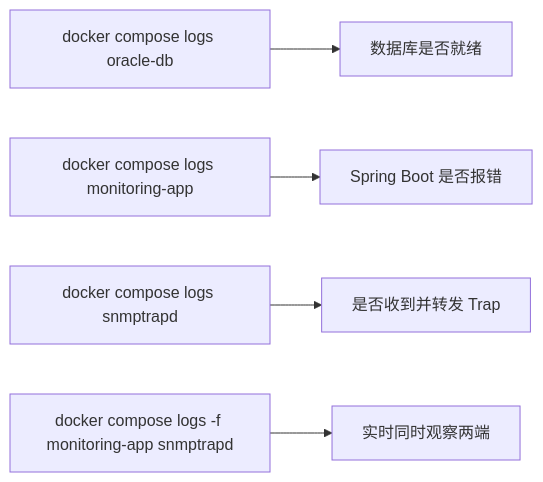
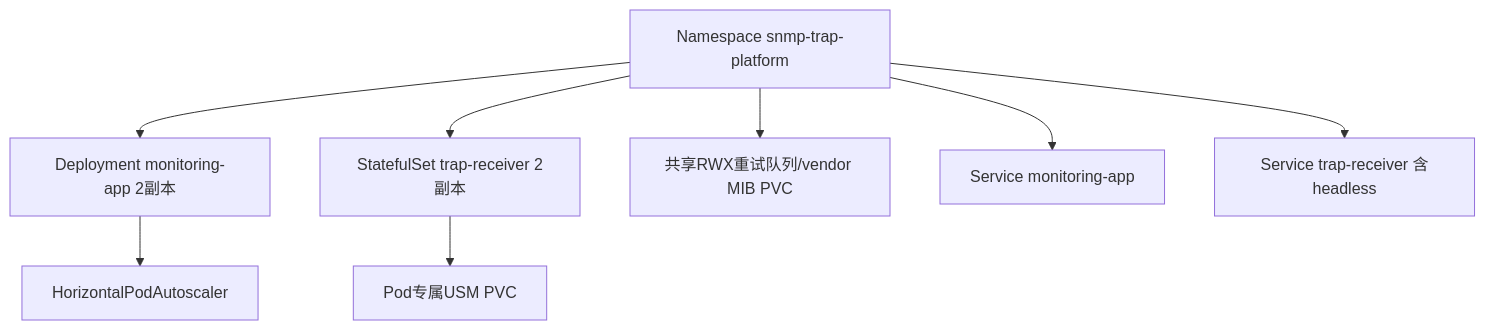
Before and after one commit to seki999/DialogueFlow_GitHub_OnLine: the diagram in slides/snmp-trap-demo-course/21.md, drawn with Mermaid. The commit also changed other lines of this file and 48 other files, not shown here.

````diff
--- a/slides/snmp-trap-demo-course/21.md
+++ b/slides/snmp-trap-demo-course/21.md
@@ -5,7 +5,10 @@
 ```mermaid
-flowchart LR
-    Cmd1[docker compose logs oracle-db] --> Check1[数据库是否就绪]
-    Cmd2[docker compose logs monitoring-app] --> Check2[Spring Boot 是否报错]
-    Cmd3[docker compose logs snmptrapd] --> Check3[是否收到并转发 Trap]
-    Cmd4[docker compose logs -f monitoring-app snmptrapd] --> Check4[实时同时观察两端]
+flowchart TB
+  NS[Namespace snmp-trap-platform] --> D[Deployment monitoring-app 2副本]
+  D --> HPA[HorizontalPodAutoscaler]
+  NS --> SS[StatefulSet trap-receiver 2副本]
+  SS --> PVC1[Pod专属USM PVC]
+  NS --> PVC2[共享RWX重试队列/vendor MIB PVC]
+  NS --> SVC1[Service monitoring-app]
+  NS --> SVC2[Service trap-receiver 含headless]
 ```
````
